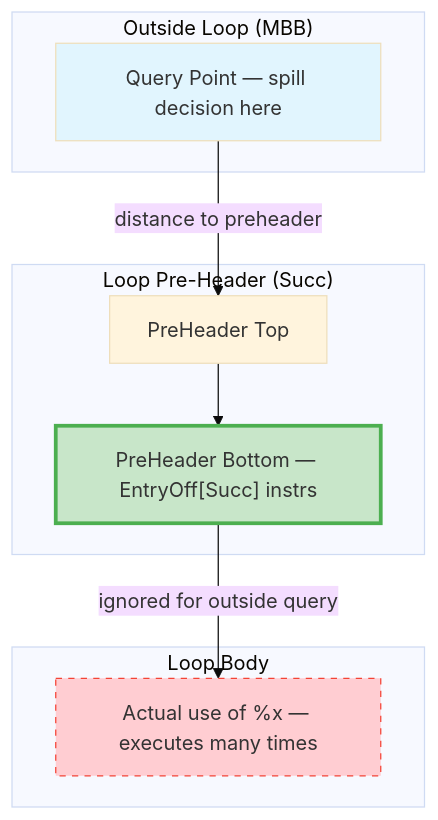
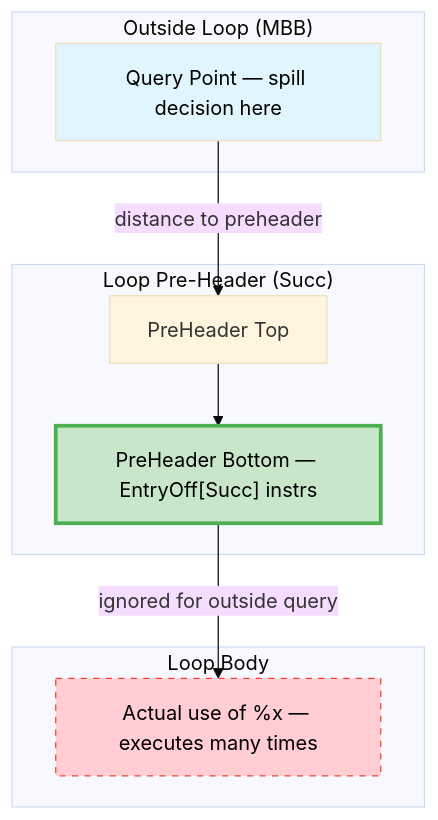
One commit to alex-t/ssa-spiller-docs changed the first of 4 diagrams in SSARA/04-Design/NextUseAnalysis.md. Above: the diagram before and after it, drawn with Mermaid (base theme). The commit also changed 41 other files, not shown here.

````diff
--- a/SSARA/04-Design/NextUseAnalysis.md
+++ b/SSARA/04-Design/NextUseAnalysis.md
@@ -171,24 +171,24 @@
 ```mermaid
 flowchart TD
     subgraph Outside["Outside Loop (MBB)"]
         Query["Query Point — spill decision here"]
     end
     
     Query -->|"distance to preheader"| PHTop
     
     subgraph PreHeader["Loop Pre-Header (Succ)"]
         PHTop["PreHeader Top"]
         PHLast["PreHeader Bottom — EntryOff[Succ] instrs"]
         PHTop --> PHLast
     end
     
     PHLast -->|"ignored for outside query"| Use
     
     subgraph Loop["Loop Body"]
         Use["Actual use of %x — executes many times"]
     end
     
-    style Query fill:#e1f5fe
-    style PHLast fill:#c8e6c9,stroke:#4CAF50,stroke-width:3px
-    style Use fill:#ffcdd2,stroke:#f44336,stroke-dasharray: 5 5
+    style Query fill:#e1f5fe,color:#000
+    style PHLast fill:#c8e6c9,stroke:#4CAF50,stroke-width:3px,color:#000
+    style Use fill:#ffcdd2,stroke:#f44336,stroke-dasharray: 5 5,color:#000
 ```
````
